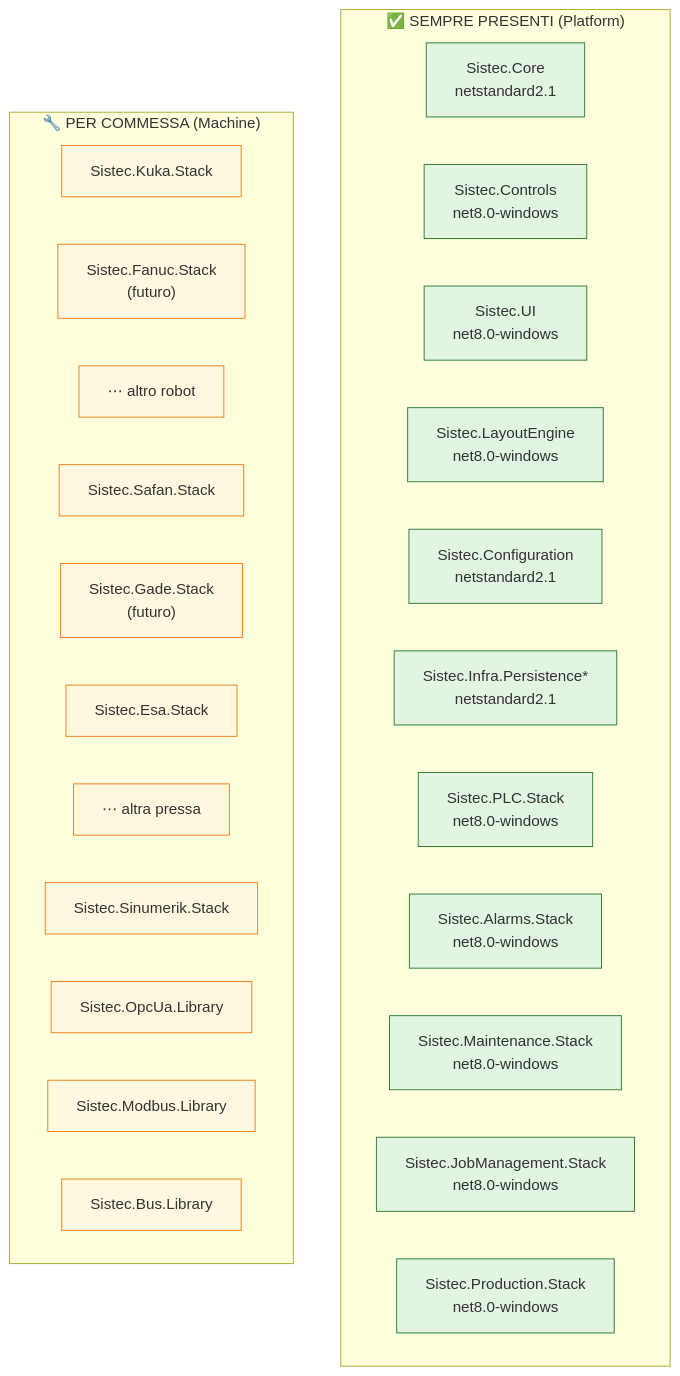
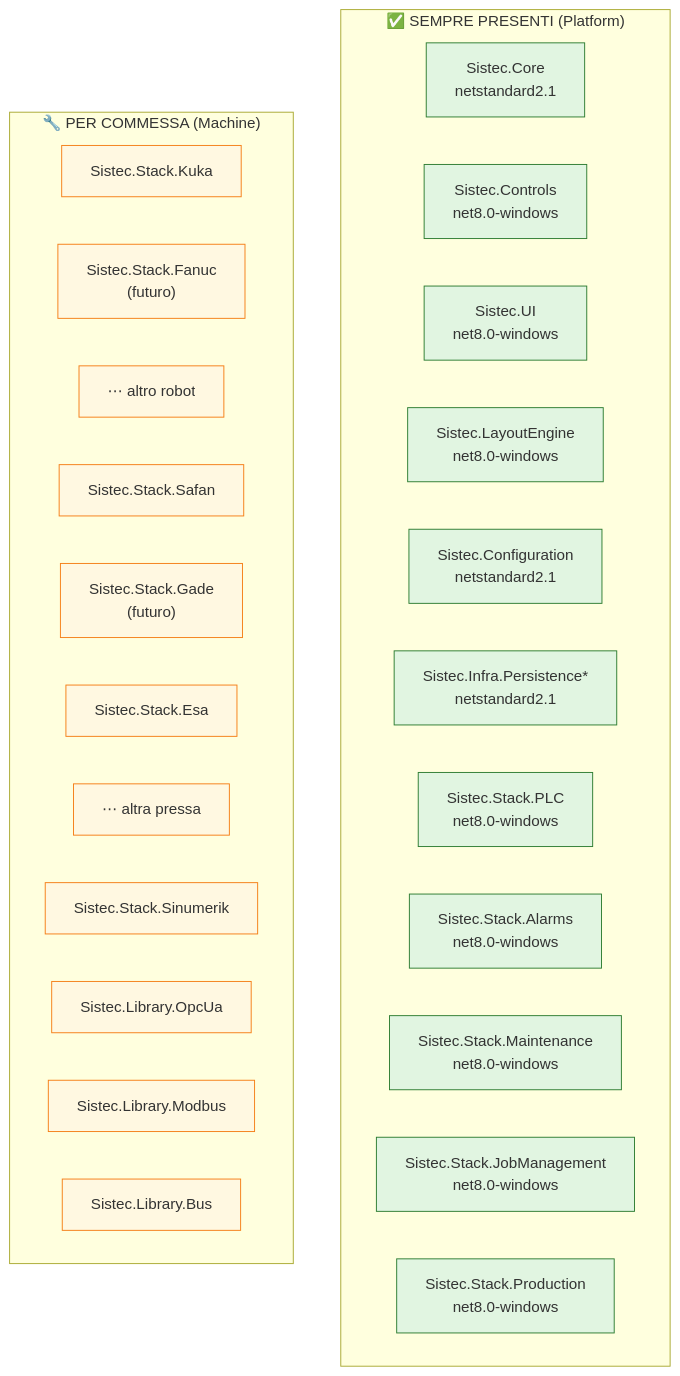
Diagram 17 of 40 in analisi-unificata.md (marc04AM/pellucida), drawn with Mermaid before and after one commit. The commit also changed other lines of this file and 1 other file, not shown here.

````diff
--- a/analisi-unificata.md
+++ b/analisi-unificata.md
@@ -1997,40 +2069,40 @@
 ```mermaid
 flowchart TB
     subgraph Always["✅ SEMPRE PRESENTI (Platform)"]
         Core["Sistec.Core<br/>netstandard2.1"]
         Controls["Sistec.Controls<br/>net8.0-windows"]
         SistecUI["Sistec.UI<br/>net8.0-windows"]
         LayoutEngine["Sistec.LayoutEngine<br/>net8.0-windows"]
         ConfigLib["Sistec.Configuration<br/>netstandard2.1"]
         Persistence["Sistec.Infra.Persistence*<br/>netstandard2.1"]
 
-        Plc["Sistec.PLC.Stack<br/>net8.0-windows"]
-        Alarms["Sistec.Alarms.Stack<br/>net8.0-windows"]
-        Maintenance["Sistec.Maintenance.Stack<br/>net8.0-windows"]
-        JobMgmt["Sistec.JobManagement.Stack<br/>net8.0-windows"]
-        Production["Sistec.Production.Stack<br/>net8.0-windows"]
+        Plc["Sistec.Stack.PLC<br/>net8.0-windows"]
+        Alarms["Sistec.Stack.Alarms<br/>net8.0-windows"]
+        Maintenance["Sistec.Stack.Maintenance<br/>net8.0-windows"]
+        JobMgmt["Sistec.Stack.JobManagement<br/>net8.0-windows"]
+        Production["Sistec.Stack.Production<br/>net8.0-windows"]
     end
 
     subgraph Optional["🔧 PER COMMESSA (Machine)"]
-        Kuka["Sistec.Kuka.Stack"]
-        Fanuc["Sistec.Fanuc.Stack<br/>(futuro)"]
+        Kuka["Sistec.Stack.Kuka"]
+        Fanuc["Sistec.Stack.Fanuc<br/>(futuro)"]
         OtherRobots["⋯ altro robot"]
 
-        Safan["Sistec.Safan.Stack"]
-        Gade["Sistec.Gade.Stack<br/>(futuro)"]
-        Esa["Sistec.Esa.Stack"]
+        Safan["Sistec.Stack.Safan"]
+        Gade["Sistec.Stack.Gade<br/>(futuro)"]
+        Esa["Sistec.Stack.Esa"]
         OtherPress["⋯ altra pressa"]
 
-        Sinumerik["Sistec.Sinumerik.Stack"]
-        OpcUaLib["Sistec.OpcUa.Library"]
-        ModbusLib["Sistec.Modbus.Library"]
-        BusLib["Sistec.Bus.Library"]
+        Sinumerik["Sistec.Stack.Sinumerik"]
+        OpcUaLib["Sistec.Library.OpcUa"]
+        ModbusLib["Sistec.Library.Modbus"]
+        BusLib["Sistec.Library.Bus"]
     end
 
     classDef always fill:#e1f5e1,stroke:#2e7d32
     classDef optional fill:#fff8e1,stroke:#f57f17
 
     class Core,Controls,SistecUI,LayoutEngine,ConfigLib,Persistence always
     class Plc,Alarms,Maintenance,JobMgmt,Production always
     class Kuka,Fanuc,OtherRobots,Safan,Gade,Esa,OtherPress,Sinumerik,OpcUaLib,ModbusLib,BusLib optional
 ```
````
